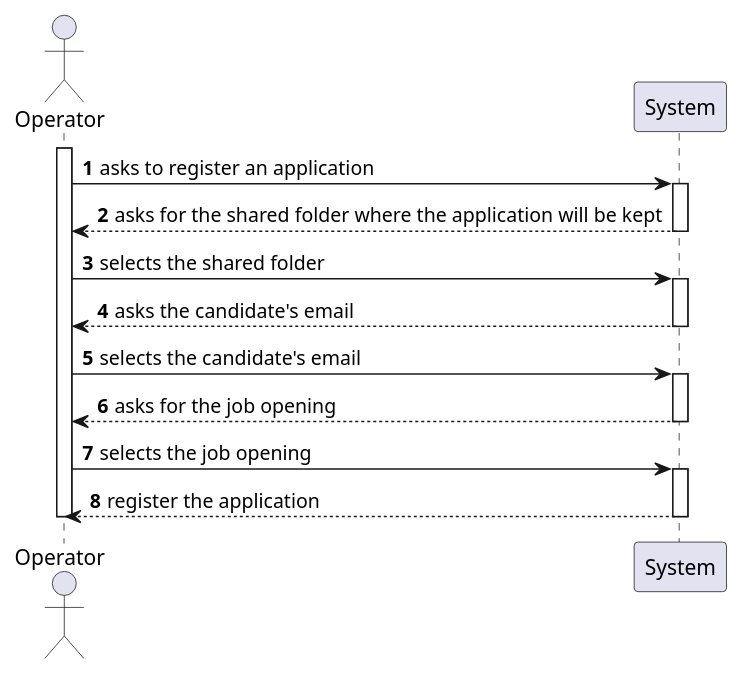
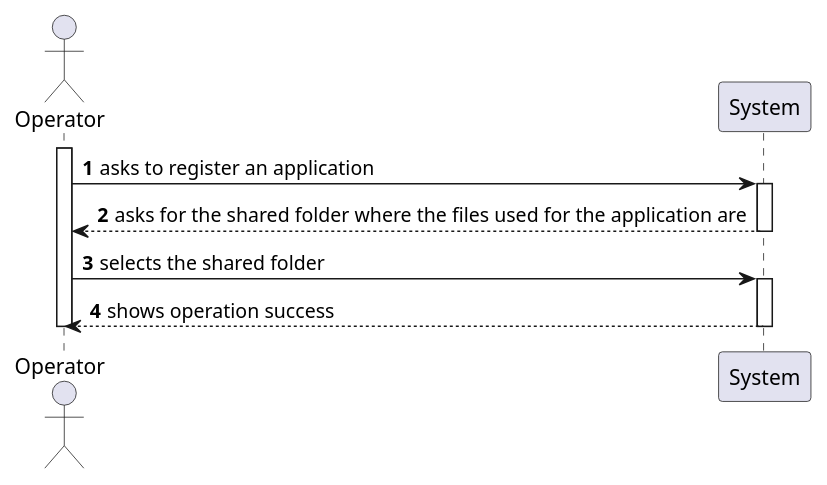
Before and after one commit to rita-barbosa/LAPR4-2324: the diagram in docs/sb_us_2002/us_2002_SSD.puml, drawn with PlantUML. The commit also changed 1 other file, not shown here.

Commit message:
docs: updates us_2022 system sequence diagram (puml and svg).
[#61]

```diff
--- a/docs/sb_us_2002/us_2002_SSD.puml
+++ b/docs/sb_us_2002/us_2002_SSD.puml
@@ -1,31 +1,63 @@
 @startuml US2002_SSD
 autonumber
 
 actor "Operator" as USER
 participant "System" as SYS
 
 activate USER
 
 USER -> SYS : asks to register an application
 activate SYS
-SYS --> USER : asks for the shared folder where the application will be kept
+
+SYS --> USER : asks for the shared folder where the files used for the application are
 deactivate SYS
 
 USER -> SYS : selects the shared folder
 activate SYS
-SYS --> USER : asks the candidate's email
+
+SYS --> USER : shows operation success
 deactivate SYS
 
-USER -> SYS : selects the candidate's email
-activate SYS
-SYS --> USER : asks for the job opening
-deactivate SYS
 
-USER -> SYS : selects the job opening
-activate SYS
-SYS --> USER : register the application
-deactivate SYS
+'SYS --> USER : imports the information of the given files
+'deactivate SYS
+
+'USER -> SYS : selects the candidate's email
+'activate SYS
+
+'SYS --> USER : asks the candidate's email
+'deactivate SYS
+'
+'USER -> SYS : selects the candidate's email
+'activate SYS
+
+'alt if the candidate doesn't exist
+'
+'SYS --> USER : import the candidate information from the files and register the candidate
+''activate SYS
+'deactivate SYS
+'
+'end alt
+
+'SYS --> USER : asks for the job opening
+'deactivate SYS
+'
+'USER -> SYS : selects the job opening
+'activate SYS
+
+
+'SYS --> USER : imports the information of the given files and register the application
+'activate SYS
+'
+'deactivate SYS
+
+'USER -> SYS : selects the job opening
+'activate SYS
+'
+'
+'SYS --> USER : register the application
+'deactivate SYS
 
 deactivate USER
 
 @enduml
```
